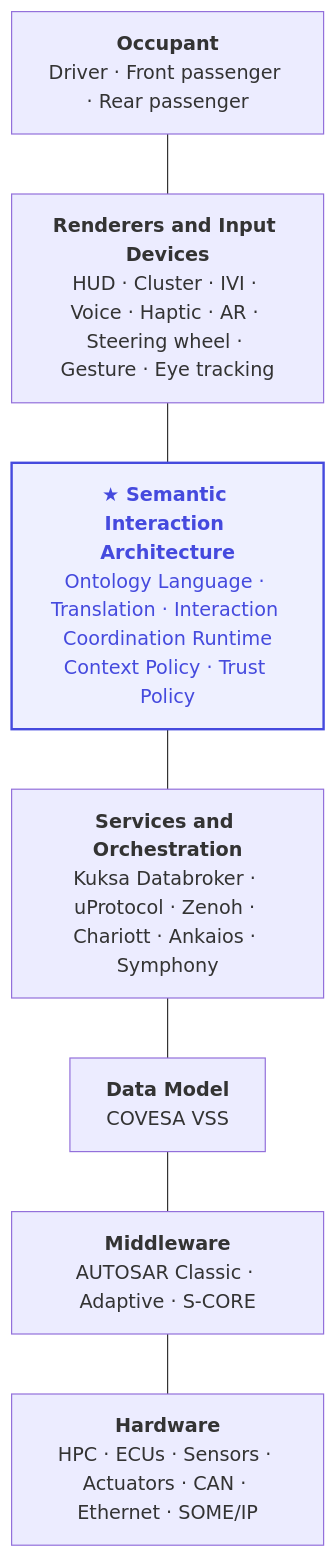
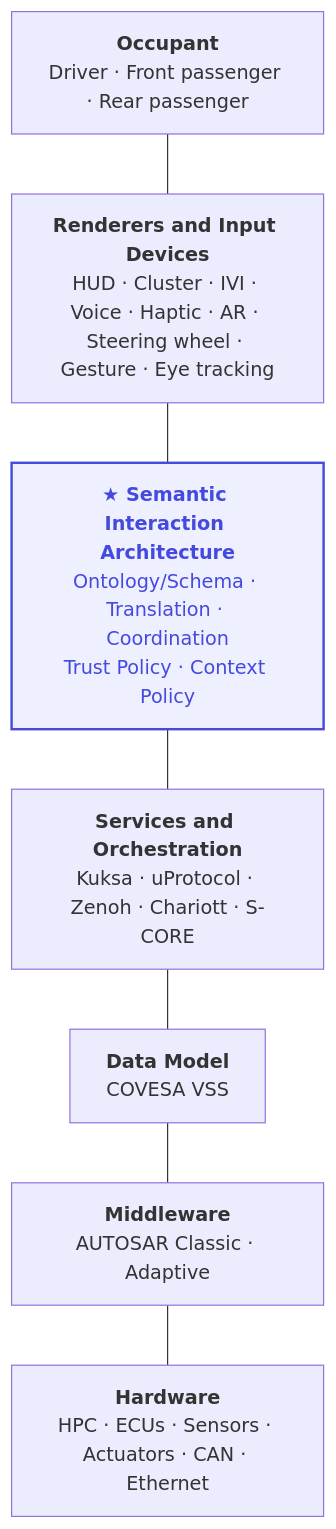
Before and after one commit to yaneczech/SIA: the first of 3 diagrams in 01_Semantic-Interaction-Architecture-sdv.md, drawn with Mermaid. The commit also changed other lines of this file and 1 other file, not shown here.

````diff
--- a/01_Semantic-Interaction-Architecture-sdv.md
+++ b/01_Semantic-Interaction-Architecture-sdv.md
@@ -102,19 +106,19 @@
 ```mermaid
 graph TB
     OCC["<b>Occupant</b><br/>Driver · Front passenger · Rear passenger"]
     HMI["<b>Renderers and Input Devices</b><br/>HUD · Cluster · IVI · Voice · Haptic · AR · Steering wheel · Gesture · Eye tracking"]
-    SIA["<b>★ Semantic Interaction Architecture</b><br/>Ontology Language · Translation · Interaction Coordination Runtime<br/>Context Policy · Trust Policy"]
-    SVC["<b>Services and Orchestration</b><br/>Kuksa Databroker · uProtocol · Zenoh · Chariott · Ankaios · Symphony"]
+    SIA["<b>★ Semantic Interaction Architecture</b><br/>Ontology/Schema · Translation · Coordination<br/>Trust Policy · Context Policy"]
+    SVC["<b>Services and Orchestration</b><br/>Kuksa · uProtocol · Zenoh · Chariott · S-CORE"]
     DAT["<b>Data Model</b><br/>COVESA VSS"]
-    MW["<b>Middleware</b><br/>AUTOSAR Classic · Adaptive · S-CORE"]
-    HW["<b>Hardware</b><br/>HPC · ECUs · Sensors · Actuators · CAN · Ethernet · SOME/IP"]
+    MW["<b>Middleware</b><br/>AUTOSAR Classic · Adaptive"]
+    HW["<b>Hardware</b><br/>HPC · ECUs · Sensors · Actuators · CAN · Ethernet"]
 
     OCC --- HMI
     HMI --- SIA
     SIA --- SVC
     SVC --- DAT
     DAT --- MW
     MW --- HW
 
     style SIA fill:#eef0ff,stroke:#454ADE,stroke-width:2px,color:#454ADE
 ```
````
